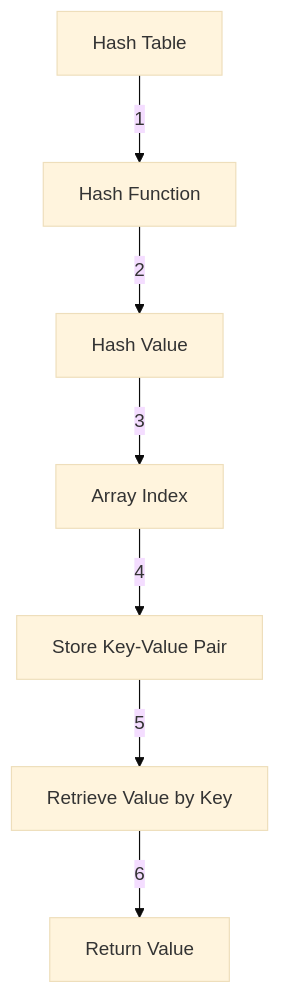
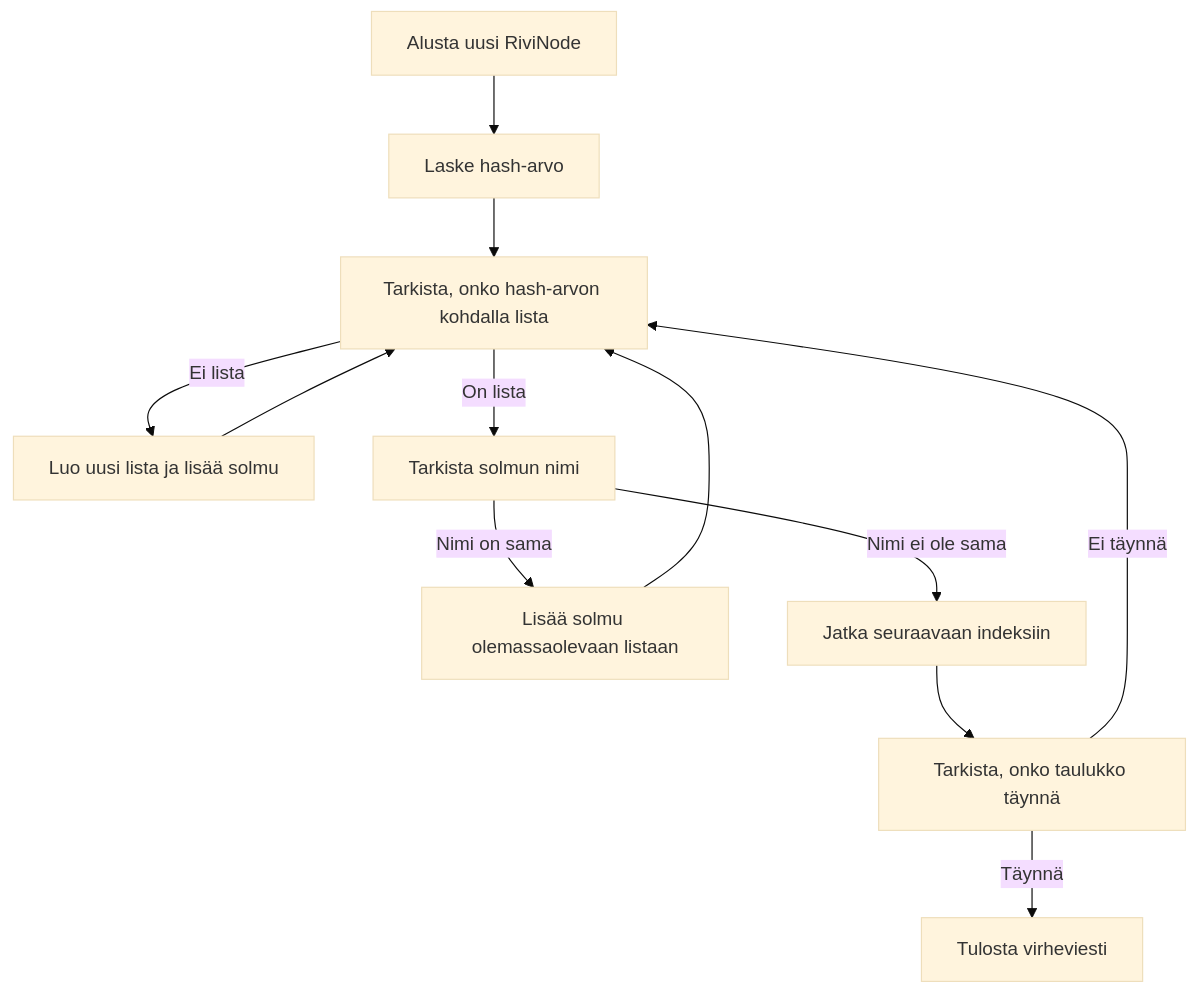
Before and after one commit to miegou/DSA-Final-project: the diagram in kaavio.md, drawn with Mermaid (base theme). The commit also changed 4 other files, not shown here.

````diff
--- a/kaavio.md
+++ b/kaavio.md
@@ -1,10 +1,15 @@
 ```mermaid
 graph TD;
-    A[Hash Table] -->|1| B[Hash Function];
-    B -->|2| C[Hash Value];
-    C -->|3| D[Array Index];
-    D -->|4| E[Store Key-Value Pair];
-    E -->|5| F[Retrieve Value by Key];
-    F -->|6| G[Return Value];
+    A[Alusta uusi RiviNode] --> B[Laske hash-arvo];
+    B --> C[Tarkista, onko hash-arvon kohdalla lista];
+    C --> |Ei lista| D[Luo uusi lista ja lisää solmu];
+    C --> |On lista| E[Tarkista solmun nimi];
+    E --> |Nimi on sama| F[Lisää solmu olemassaolevaan listaan];
+    E --> |Nimi ei ole sama| G[Jatka seuraavaan indeksiin];
+    G --> H[Tarkista, onko taulukko täynnä];
+    H --> |Ei täynnä| C;
+    H --> |Täynnä| I[Tulosta virheviesti];
+    F --> C;
+    D --> C;
 
 ```
````
